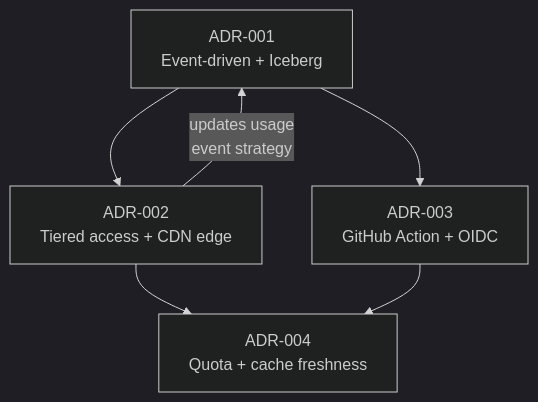
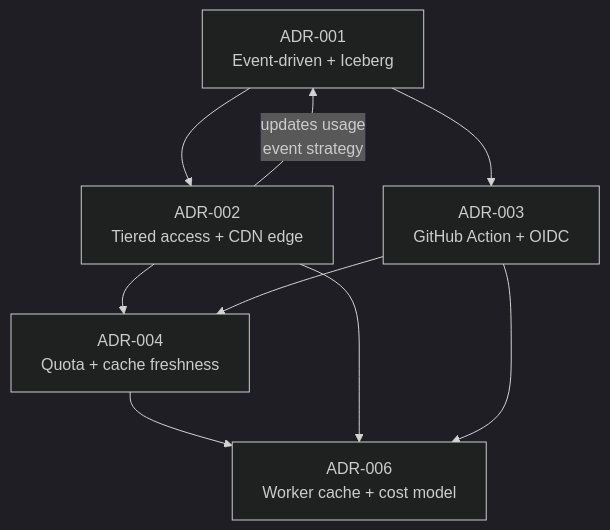
One commit to isitalive/isitalive changed the diagram in docs/adr/005-architecture-summary.md. Above: the diagram before and after it, drawn with Mermaid (dark theme). The commit also changed other lines of this file and 9 other files, not shown here.

First line of the commit message:
feat: ADR-006 Worker cache & cost architecture

````diff
--- a/docs/adr/005-architecture-summary.md
+++ b/docs/adr/005-architecture-summary.md
@@ -57,8 +55,11 @@
 ```mermaid
 graph TD
     A["ADR-001<br/>Event-driven + Iceberg"] --> B["ADR-002<br/>Tiered access + CDN edge"]
     A --> C["ADR-003<br/>GitHub Action + OIDC"]
     B --> D["ADR-004<br/>Quota + cache freshness"]
     C --> D
     B -->|"updates usage<br/>event strategy"| A
+    D --> E["ADR-006<br/>Worker cache + cost model"]
+    B --> E
+    C --> E
 ```
````
